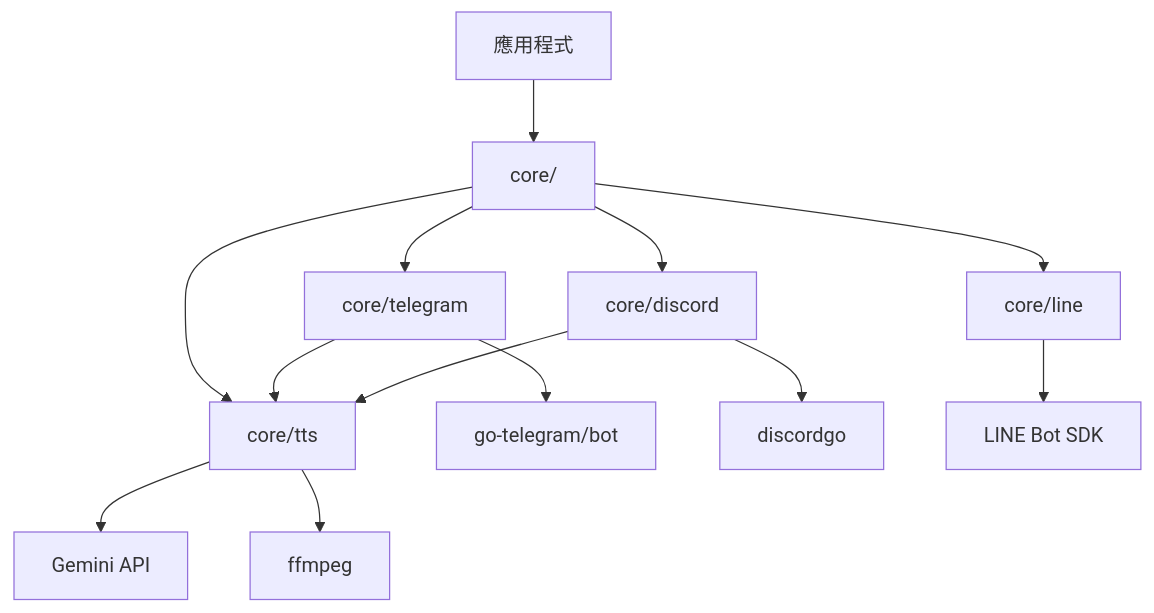
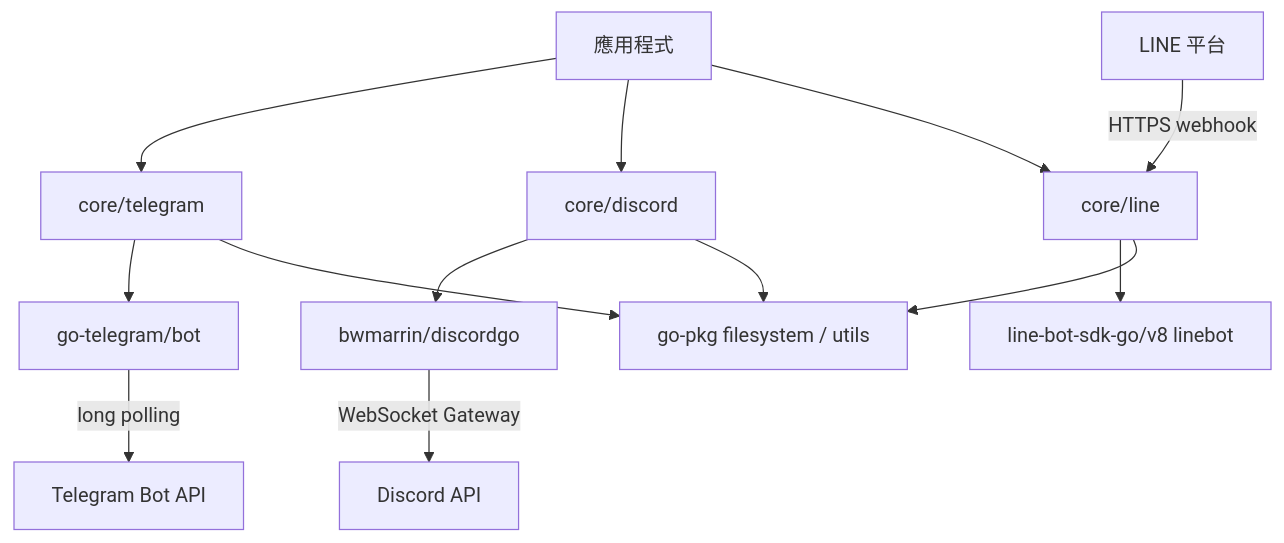
The first of 7 diagrams in doc/architecture.zh.md (pardnchiu/go-bot), drawn with Mermaid before and after one commit. The commit also changed other lines of this file and 5 other files, not shown here.

````diff
--- a/doc/architecture.zh.md
+++ b/doc/architecture.zh.md
@@ -9,15 +11,15 @@
 ```mermaid
 graph TB
-    Client[應用程式] --> Core[core/]
-    Core --> Telegram[core/telegram]
-    Core --> Discord[core/discord]
-    Core --> Line[core/line]
-    Core --> TTS[core/tts]
-    Telegram --> TGSDK[go-telegram/bot]
-    Discord --> DGSDK[discordgo]
-    Line --> LNSDK[LINE Bot SDK]
-    Telegram --> TTS
-    Discord --> TTS
-    TTS --> Gemini[Gemini API]
-    TTS --> FFmpeg[ffmpeg]
+    App[應用程式] --> TG[core/telegram]
+    App --> DC[core/discord]
+    App --> LN[core/line]
+    TG --> TGSDK[go-telegram/bot]
+    DC --> DGSDK[bwmarrin/discordgo]
+    LN --> LNSDK[line-bot-sdk-go/v8 linebot]
+    TG --> PKG[go-pkg filesystem / utils]
+    DC --> PKG
+    LN --> PKG
+    TGSDK -->|long polling| TelegramAPI[Telegram Bot API]
+    DGSDK -->|WebSocket Gateway| DiscordAPI[Discord API]
+    LineAPI[LINE 平台] -->|HTTPS webhook| LN
 ```
````
